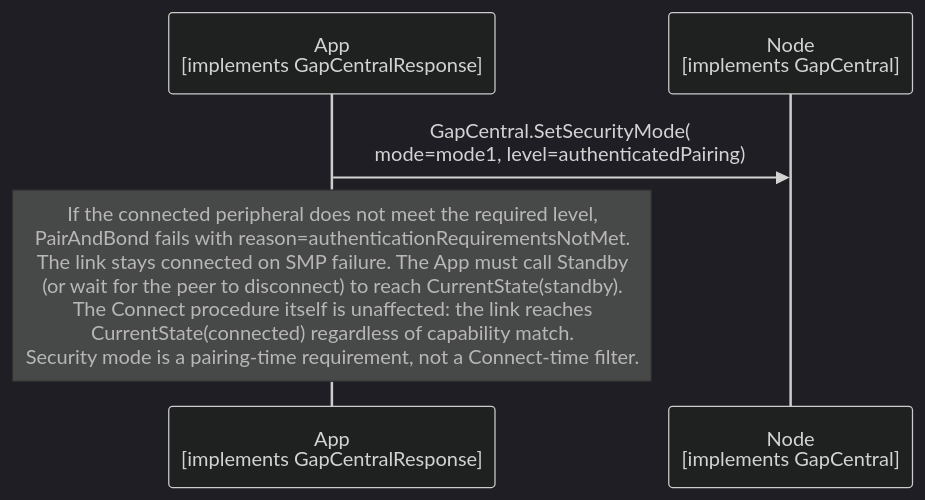
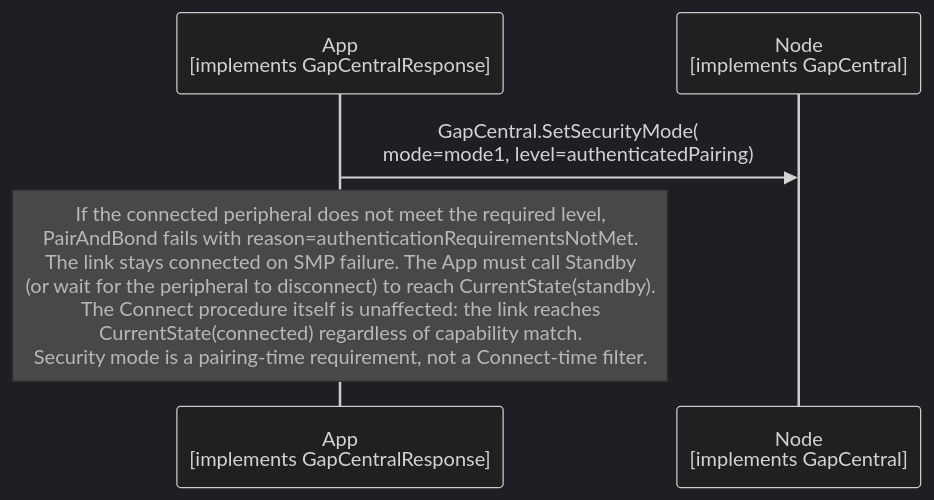
Before and after one commit to philips-software/amp-embedded-infra-lib: the diagram in documents/modules/ROOT/partials/echoservices/gap_central/GapCentral_SetSecurityMode_sequence.mmd, drawn with Mermaid (dark theme). The commit also changed 10 other files, not shown here.

Commit message:
peer -> peripheral naming

```diff
--- a/documents/modules/ROOT/partials/echoservices/gap_central/GapCentral_SetSecurityMode_sequence.mmd
+++ b/documents/modules/ROOT/partials/echoservices/gap_central/GapCentral_SetSecurityMode_sequence.mmd
@@ -1,7 +1,7 @@
 sequenceDiagram
     participant App as App<br>[implements GapCentralResponse]
     participant Node as Node<br>[implements GapCentral]
 
     App->>Node: GapCentral.SetSecurityMode(<br>mode=mode1, level=authenticatedPairing)
 
-    Note over App: If the connected peripheral does not meet the required level,<br>PairAndBond fails with reason=authenticationRequirementsNotMet.<br>The link stays connected on SMP failure. The App must call Standby<br>(or wait for the peer to disconnect) to reach CurrentState(standby).<br>The Connect procedure itself is unaffected: the link reaches<br>CurrentState(connected) regardless of capability match.<br>Security mode is a pairing-time requirement, not a Connect-time filter.
+    Note over App: If the connected peripheral does not meet the required level,<br>PairAndBond fails with reason=authenticationRequirementsNotMet.<br>The link stays connected on SMP failure. The App must call Standby<br>(or wait for the peripheral to disconnect) to reach CurrentState(standby).<br>The Connect procedure itself is unaffected: the link reaches<br>CurrentState(connected) regardless of capability match.<br>Security mode is a pairing-time requirement, not a Connect-time filter.
```
